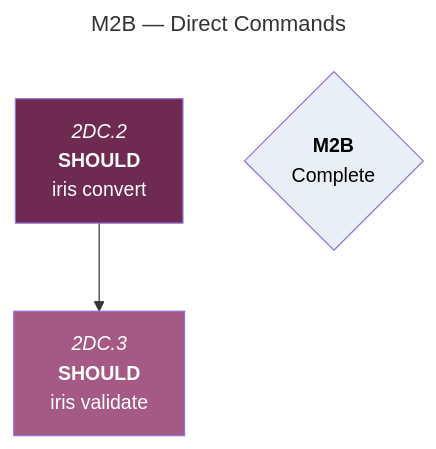
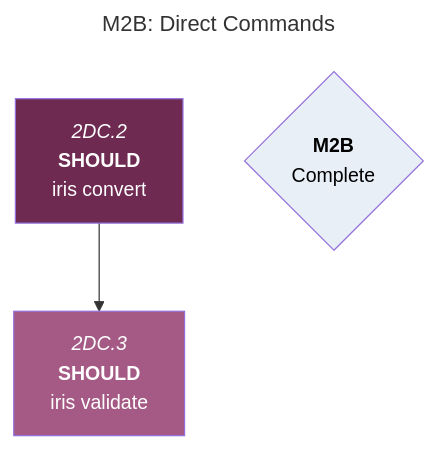
Before and after one commit to foundersandcoders/iris: the second of 5 diagrams in docs/roadmaps/v0b-2602/redux-1_tui.md, drawn with Mermaid. The commit also changed other lines of this file and 70 other files, not shown here.

````diff
--- a/docs/roadmaps/v0b-2602/redux-1_tui.md
+++ b/docs/roadmaps/v0b-2602/redux-1_tui.md
@@ -194,16 +194,16 @@
 ```mermaid
 ---
-title: M2B — Direct Commands
+title: "M2B: Direct Commands"
 ---
 graph TD
 
 2DC.2["`*2DC.2*<br/>**SHOULD**<br/>iris convert`"]:::should-open --> 2DC.3
 2DC.3["`*2DC.3*<br/>**SHOULD**<br/>iris validate`"]:::should-blocked
 
 phase1{"`**M2B**<br/>Complete`"}:::mile
 
 classDef should-open fill:#6F2A52,color:#fff;
 classDef should-blocked fill:#A45A84,color:#fff;
 classDef could-blocked fill:#5FA3BA,color:#fff;
 classDef mile fill:#E8EFF6,color:#000;
 ```
````
